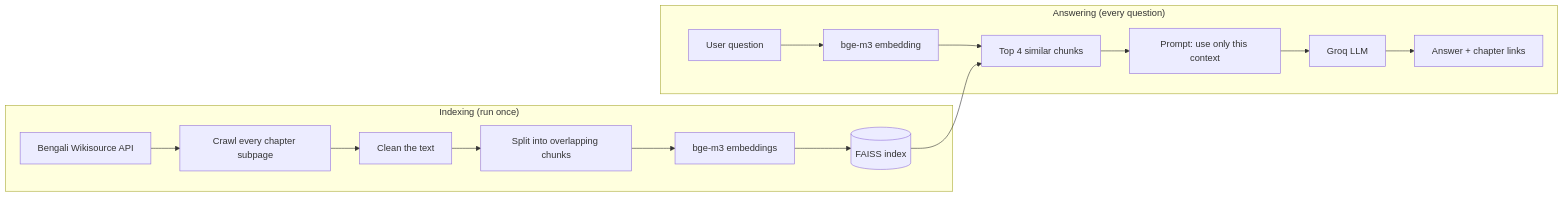
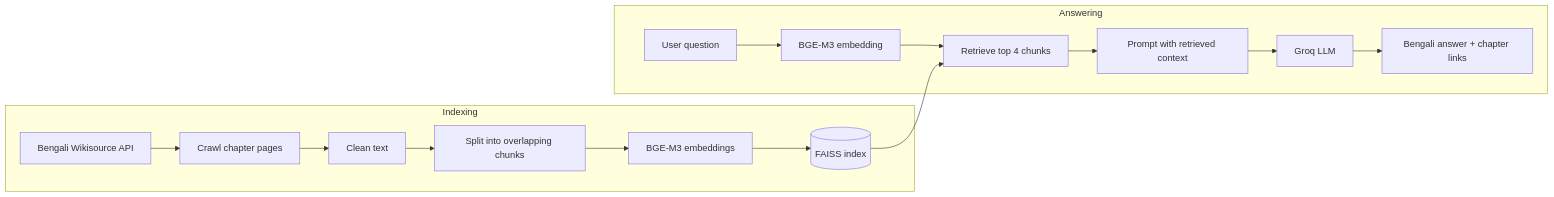
The diagram in README.md (MasrulSakib/knowledge-base-bangla-rag-chatbot-with-vectorDB), drawn with Mermaid before and after one commit. The commit also changed other lines of this file and 1 other file, not shown here.

````diff
--- a/README.md
+++ b/README.md
@@ -58,18 +40,19 @@
 ```mermaid
 flowchart LR
-    subgraph Indexing["Indexing (run once)"]
-        A["Bengali Wikisource API"] --> B["Crawl every chapter subpage"]
-        B --> C["Clean the text"]
+    subgraph Indexing["Indexing"]
+        A["Bengali Wikisource API"] --> B["Crawl chapter pages"]
+        B --> C["Clean text"]
         C --> D["Split into overlapping chunks"]
-        D --> E["bge-m3 embeddings"]
+        D --> E["BGE-M3 embeddings"]
         E --> F[("FAISS index")]
     end
-    subgraph Answering["Answering (every question)"]
-        Q["User question"] --> QE["bge-m3 embedding"]
-        QE --> R["Top 4 similar chunks"]
+
+    subgraph Answering["Answering"]
+        Q["User question"] --> QE["BGE-M3 embedding"]
+        QE --> R["Retrieve top 4 chunks"]
         F --> R
-        R --> P["Prompt: use only this context"]
+        R --> P["Prompt with retrieved context"]
         P --> L["Groq LLM"]
-        L --> ANS["Answer + chapter links"]
+        L --> ANS["Bengali answer + chapter links"]
     end
 ```
````
